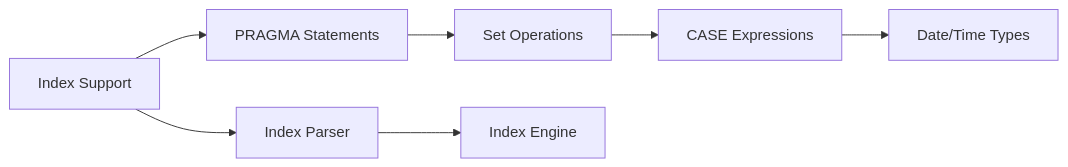
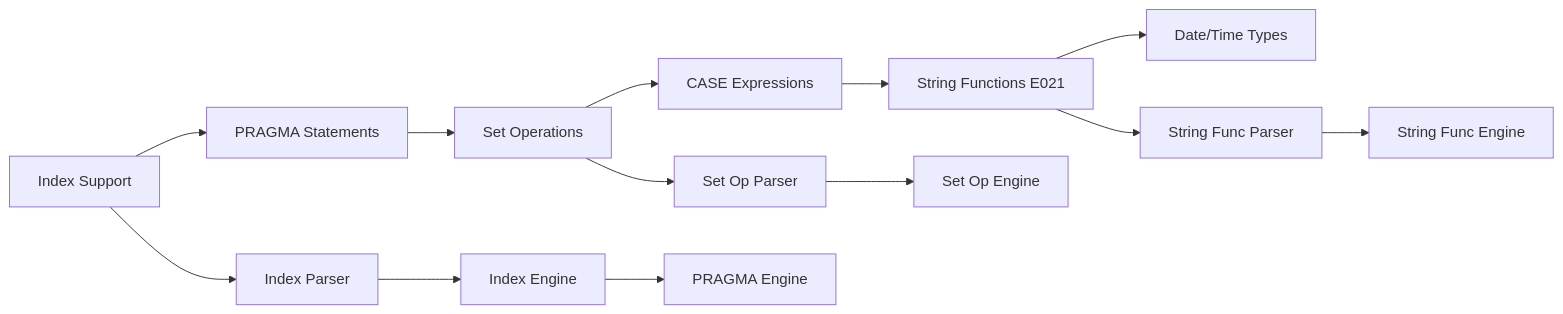
The diagram in docs/plan-v0.4.0.md (cyw0ng95/sqlvibe), drawn with Mermaid before and after one commit. The commit also changed other lines of this file, not shown here.

First line of the commit message:
docs: Add E021 character functions to v0.4.0 plan

````diff
--- a/docs/plan-v0.4.0.md
+++ b/docs/plan-v0.4.0.md
@@ -24,10 +30,18 @@
 ```mermaid
 graph LR
     IX[Index Support] --> PG[PRAGMA Statements]
     PG --> SO[Set Operations]
     SO --> CW[CASE Expressions]
-    CW --> DT[Date/Time Types]
+    CW --> SF[String Functions E021]
+    SF --> DT[Date/Time Types]
     
     IX --> IX_P[Index Parser]
     IX_P --> IX_E[Index Engine]
+    IX_E --> PG_E[PRAGMA Engine]
+    
+    SO --> SO_P[Set Op Parser]
+    SO_P --> SO_E[Set Op Engine]
+    
+    SF --> SF_P[String Func Parser]
+    SF_P --> SF_E[String Func Engine]
 ```
````
